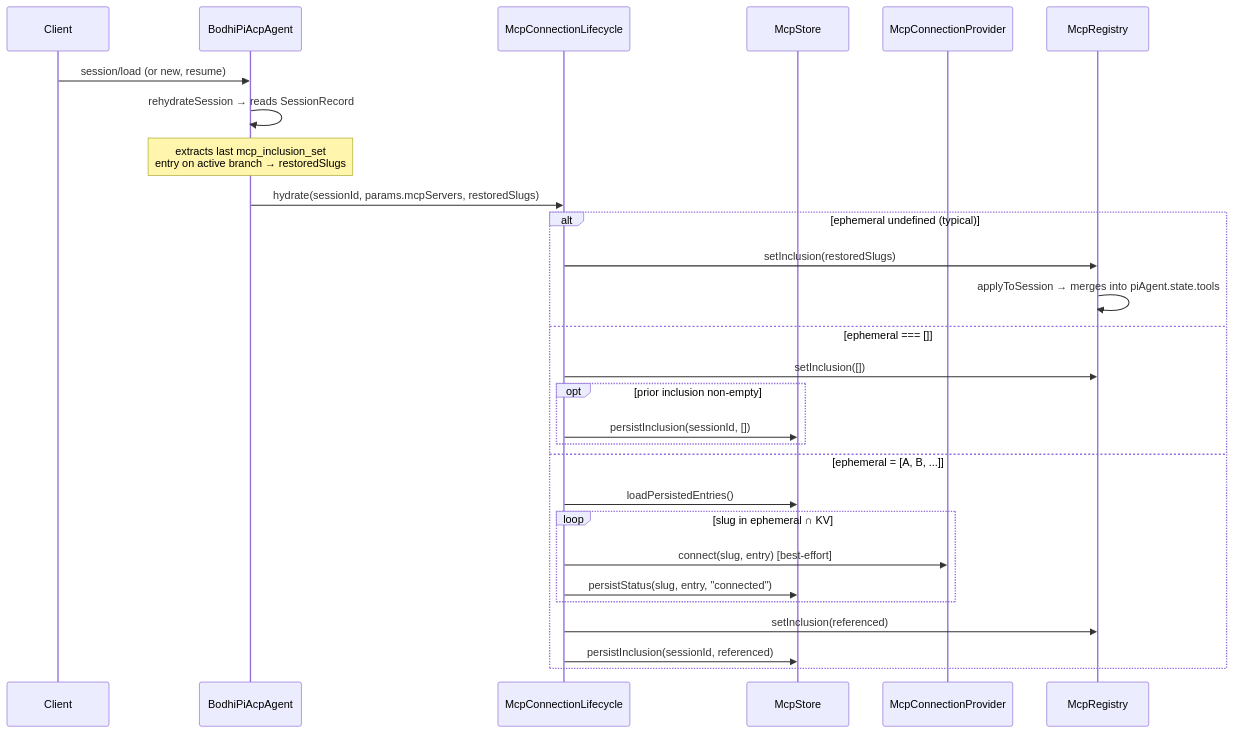
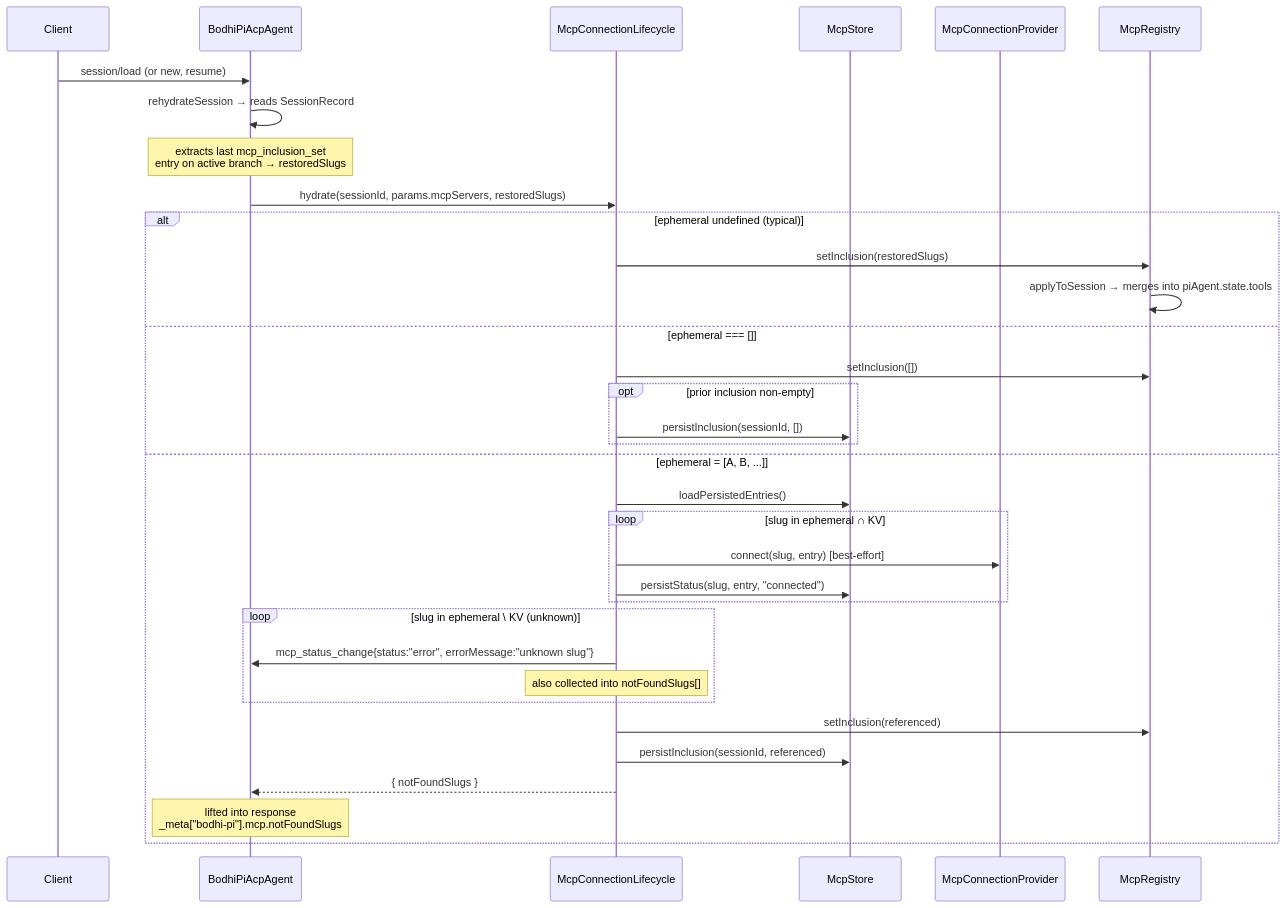
One commit to anagri/pi-mono changed the diagram in ai-docs/specs/bodhi-pi/mcp.md. Above: the diagram before and after it, drawn with Mermaid. The commit also changed other lines of this file and 6 other files, not shown here.

First line of the commit message:
D5: surface unknown MCP slugs in hydration

````diff
--- a/ai-docs/specs/bodhi-pi/mcp.md
+++ b/ai-docs/specs/bodhi-pi/mcp.md
@@ -113,31 +113,37 @@
 ```mermaid
 sequenceDiagram
   participant C as Client
   participant A as BodhiPiAcpAgent
   participant L as McpConnectionLifecycle
   participant S as McpStore
   participant P as McpConnectionProvider
   participant R as McpRegistry
 
   C->>A: session/load (or new, resume)
   A->>A: rehydrateSession → reads SessionRecord
   Note over A: extracts last mcp_inclusion_set<br/>entry on active branch → restoredSlugs
   A->>L: hydrate(sessionId, params.mcpServers, restoredSlugs)
   alt ephemeral undefined (typical)
     L->>R: setInclusion(restoredSlugs)
     R->>R: applyToSession → merges into piAgent.state.tools
   else ephemeral === []
     L->>R: setInclusion([])
     opt prior inclusion non-empty
       L->>S: persistInclusion(sessionId, [])
     end
   else ephemeral = [A, B, ...]
     L->>S: loadPersistedEntries()
     loop slug in ephemeral ∩ KV
       L->>P: connect(slug, entry) [best-effort]
       L->>S: persistStatus(slug, entry, "connected")
     end
+    loop slug in ephemeral \ KV (unknown)
+      L->>A: mcp_status_change{status:"error", errorMessage:"unknown slug"}
+      Note over L: also collected into notFoundSlugs[]
+    end
     L->>R: setInclusion(referenced)
     L->>S: persistInclusion(sessionId, referenced)
+    L-->>A: { notFoundSlugs }
+    Note over A: lifted into response<br/>_meta["bodhi-pi"].mcp.notFoundSlugs
   end
 ```
````
